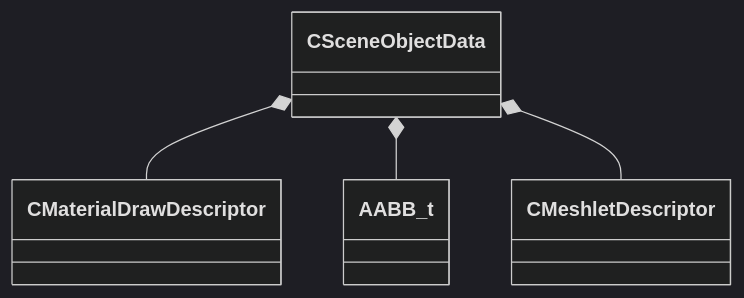
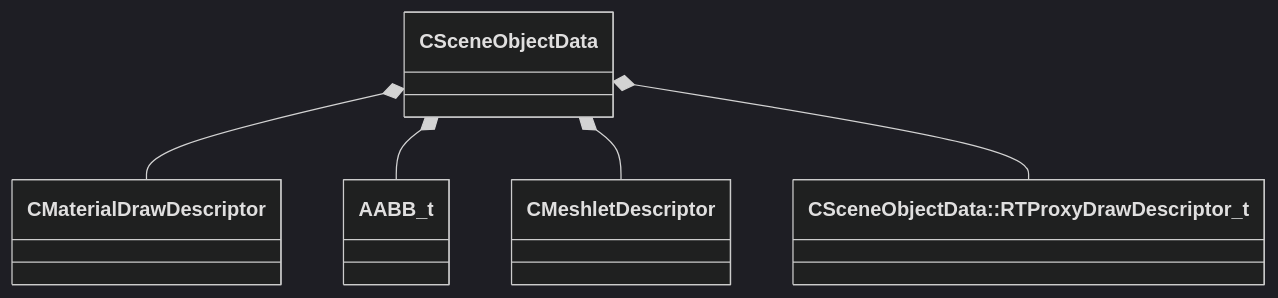
One commit to CS2OpenDev/CS2OpenDev-Docs changed the diagram in docs/generated/schemas/modellib/CSceneObjectData.md. Above: the diagram before and after it, drawn with Mermaid (dark theme). The commit also changed other lines of this file and 4525 other files, not shown here.

````diff
--- a/docs/generated/schemas/modellib/CSceneObjectData.md
+++ b/docs/generated/schemas/modellib/CSceneObjectData.md
@@ -15,6 +17,7 @@
 ```mermaid
 classDiagram
     CSceneObjectData *-- CMaterialDrawDescriptor
     CSceneObjectData *-- AABB_t
     CSceneObjectData *-- CMeshletDescriptor
+    CSceneObjectData *-- `CSceneObjectData::RTProxyDrawDescriptor_t`
 ```
````
